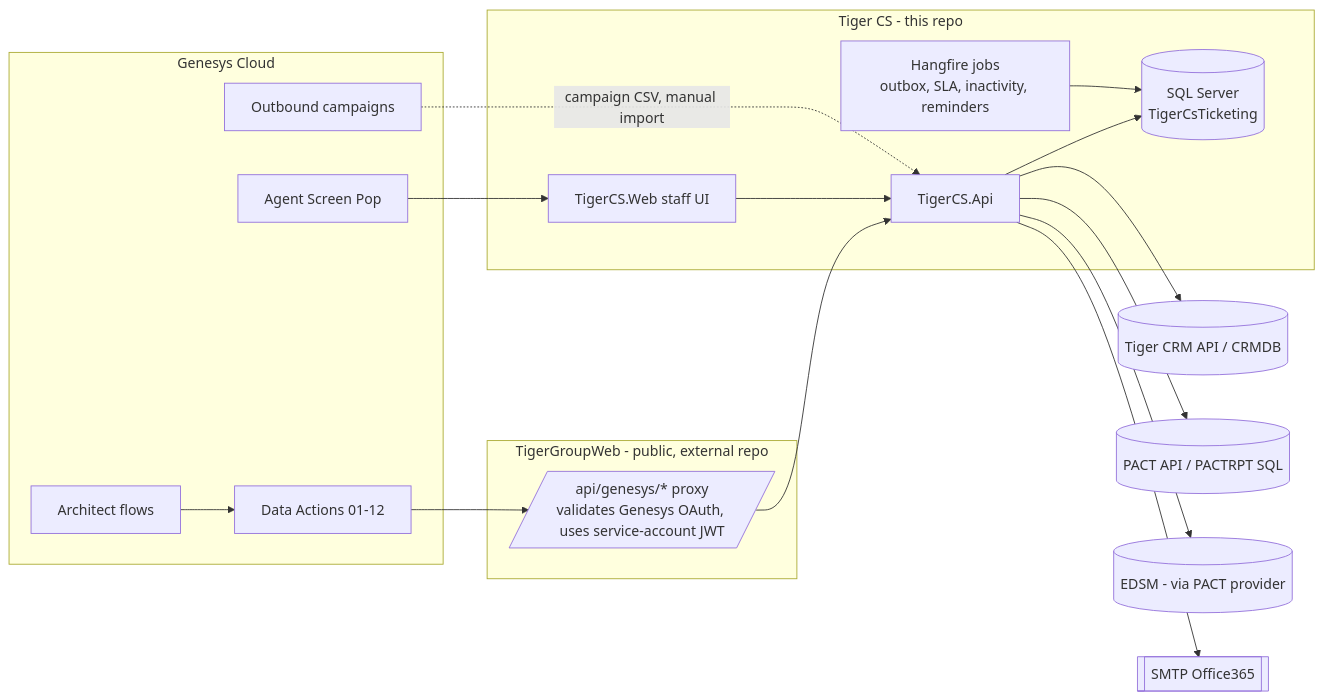
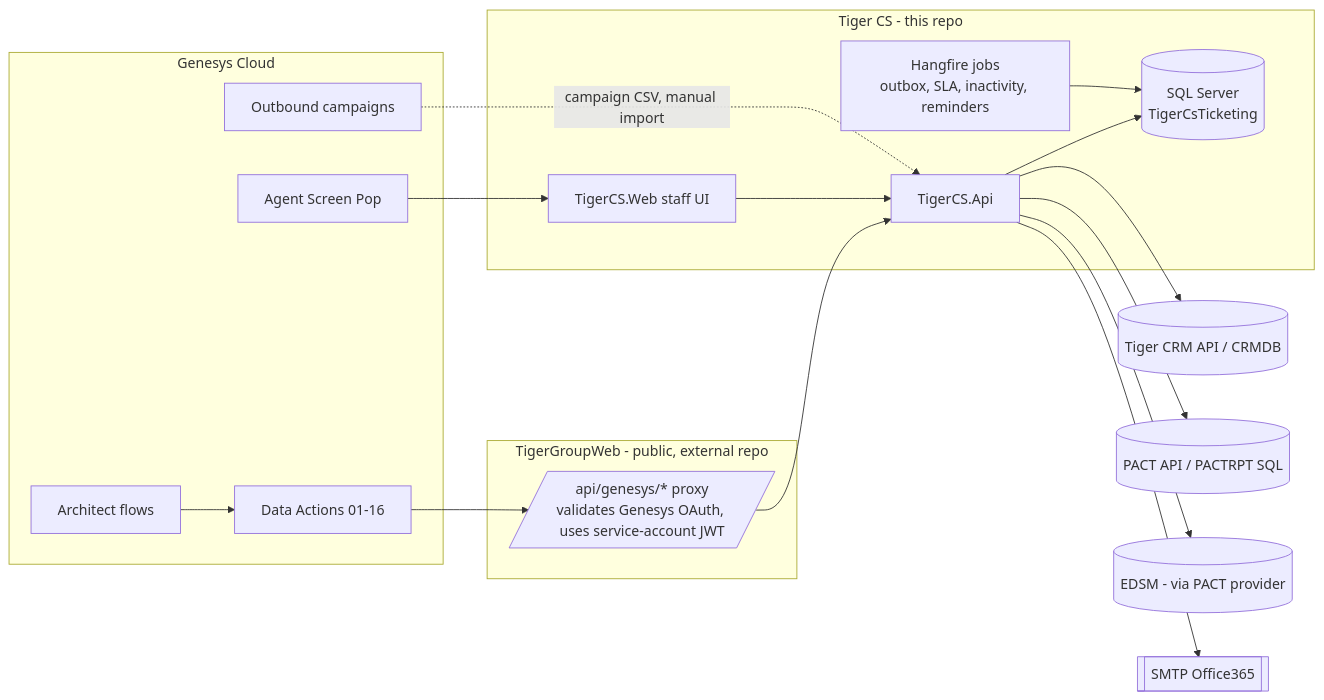
Before and after one commit to nidaabasem/Tiger-CS-Ticketing: the diagram in docs/system/01-system-overview.md, drawn with Mermaid. The commit also changed 9 other files, not shown here.

````diff
--- a/docs/system/01-system-overview.md
+++ b/docs/system/01-system-overview.md
@@ -40,27 +40,27 @@
 ```mermaid
 flowchart LR
   subgraph Genesys[Genesys Cloud]
-    AR[Architect flows] --> DA[Data Actions 01-12]
+    AR[Architect flows] --> DA[Data Actions 01-16]
     SP[Agent Screen Pop]
     OB[Outbound campaigns]
   end
   subgraph Web[TigerGroupWeb - public, external repo]
     GW[/api/genesys/* proxy<br/>validates Genesys OAuth, uses service-account JWT/]
   end
   subgraph TCS[Tiger CS - this repo]
     API[TigerCS.Api]
     UI[TigerCS.Web staff UI]
     JOBS[Hangfire jobs<br/>outbox, SLA, inactivity, reminders]
     DB[(SQL Server<br/>TigerCsTicketing)]
   end
   DA --> GW --> API
   SP --> UI
   UI --> API
   API --> DB
   JOBS --> DB
   API --> CRM[(Tiger CRM API / CRMDB)]
   API --> PACT[(PACT API / PACTRPT SQL)]
   API --> EDSM[(EDSM - via PACT provider)]
   API --> SMTP[[SMTP Office365]]
   OB -. campaign CSV, manual import .-> API
 ```
````
